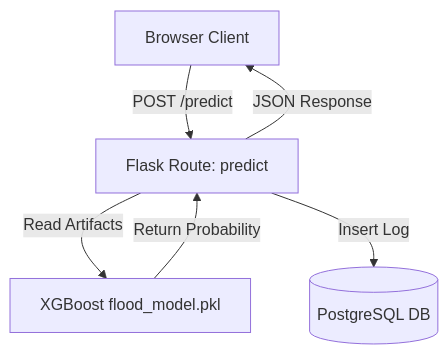
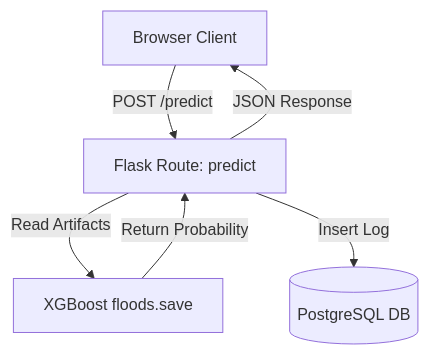
The diagram in README.md (gireesh2658/Rising_water), drawn with Mermaid before and after one commit. The commit also changed other lines of this file and 6 other files, not shown here.

````diff
--- a/README.md
+++ b/README.md
@@ -13,8 +13,8 @@
 ```mermaid
 graph TD
     Client[Browser Client] -- POST /predict --> FlaskAPI[Flask Route: predict]
-    FlaskAPI -- Read Artifacts --> Model[XGBoost flood_model.pkl]
+    FlaskAPI -- Read Artifacts --> Model[XGBoost floods.save]
     FlaskAPI -- Insert Log --> Postgres[(PostgreSQL DB)]
     Model -- Return Probability --> FlaskAPI
     FlaskAPI -- JSON Response --> Client
 ```
````
